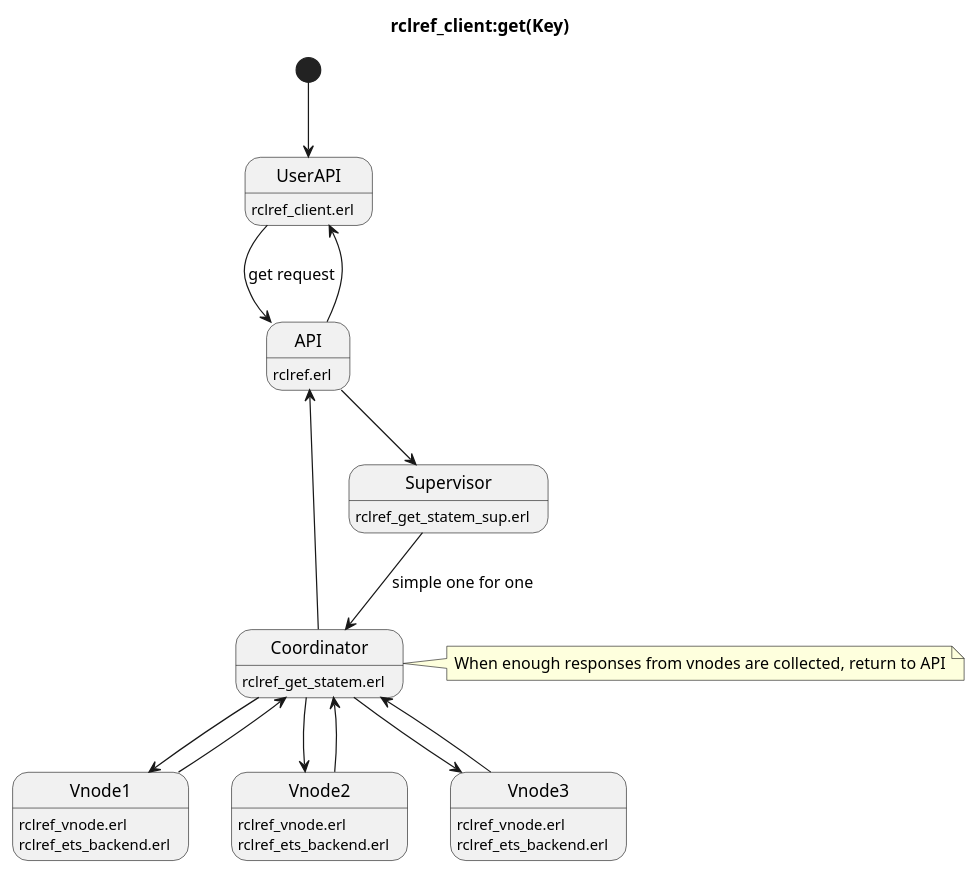
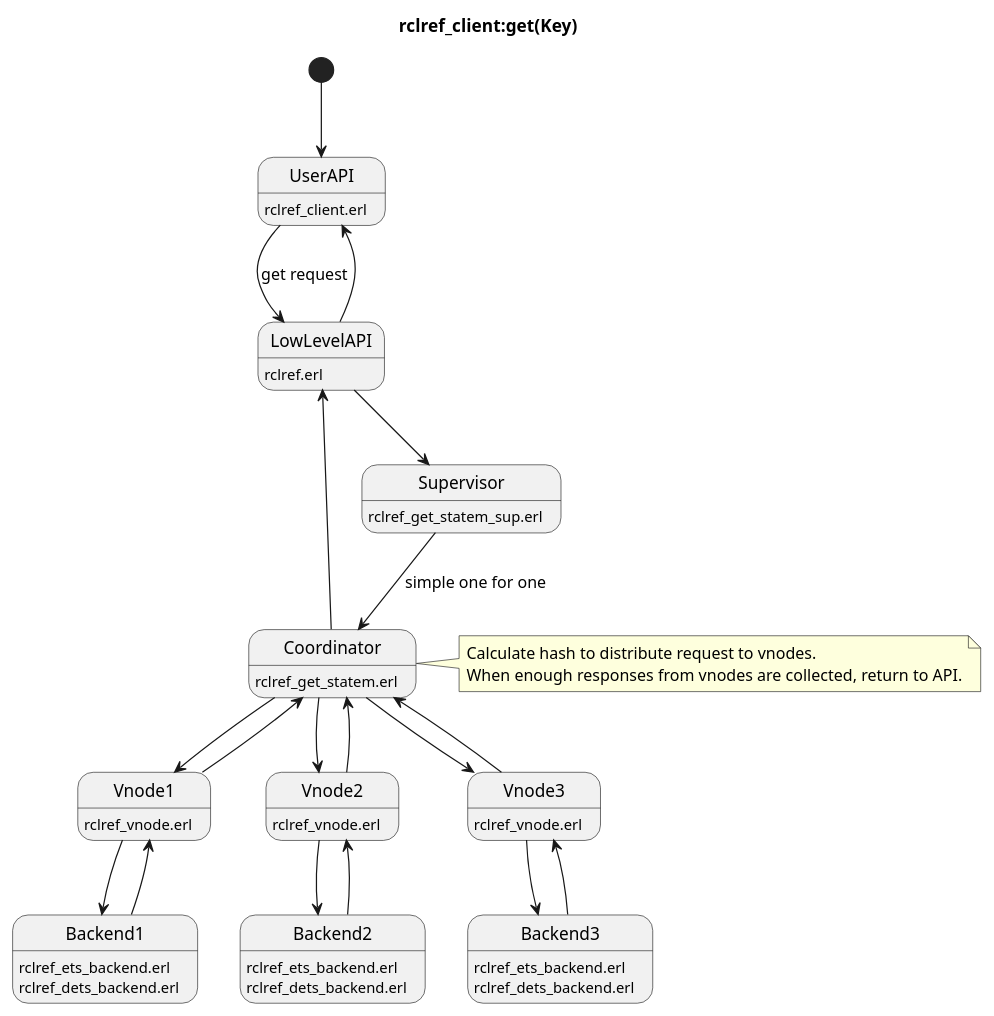
Before and after one commit to rotaki/rclref: the diagram in docs/put_get_delete.md, drawn with PlantUML. The commit also changed other lines of this file and 8 other files, not shown here.

````diff
--- a/docs/put_get_delete.md
+++ b/docs/put_get_delete.md
@@ -10,32 +10,42 @@
 ```plantuml
 title rclref_client:get(Key)
 
 [*] --> UserAPI 
-UserAPI -down-> API: get request
-API -down-> Supervisor
+UserAPI -down-> LowLevelAPI: get request
+LowLevelAPI -down-> Supervisor
 Supervisor -down-> Coordinator : simple one for one
 Coordinator --> Vnode1
 Coordinator --> Vnode2
 Coordinator --> Vnode3
 Vnode1 --> Coordinator
 Vnode2 --> Coordinator
 Vnode3 --> Coordinator
-
-Coordinator -right-> API
-API -up-> UserAPI
+Vnode1 -down-> Backend1
+Vnode2 -down-> Backend2
+Vnode3 -down-> Backend3
+Backend1 --> Vnode1
+Backend2 --> Vnode2
+Backend3 --> Vnode3
+Coordinator -right-> LowLevelAPI
+LowLevelAPI -up-> UserAPI
 
 note right of Coordinator
-    When enough responses from vnodes are collected, return to API
+    Calculate hash to distribute request to vnodes.
+    When enough responses from vnodes are collected, return to API.
 end note
 
 UserAPI: rclref_client.erl
-API: rclref.erl
+LowLevelAPI: rclref.erl
 Supervisor: rclref_get_statem_sup.erl
 Coordinator: rclref_get_statem.erl
 Vnode1: rclref_vnode.erl
-Vnode1: rclref_ets_backend.erl
 Vnode2: rclref_vnode.erl
-Vnode2: rclref_ets_backend.erl
 Vnode3: rclref_vnode.erl
-Vnode3: rclref_ets_backend.erl
+Backend1: rclref_ets_backend.erl
+Backend2: rclref_ets_backend.erl
+Backend3: rclref_ets_backend.erl
+Backend1: rclref_dets_backend.erl
+Backend2: rclref_dets_backend.erl
+Backend3: rclref_dets_backend.erl
+
 ```
````
